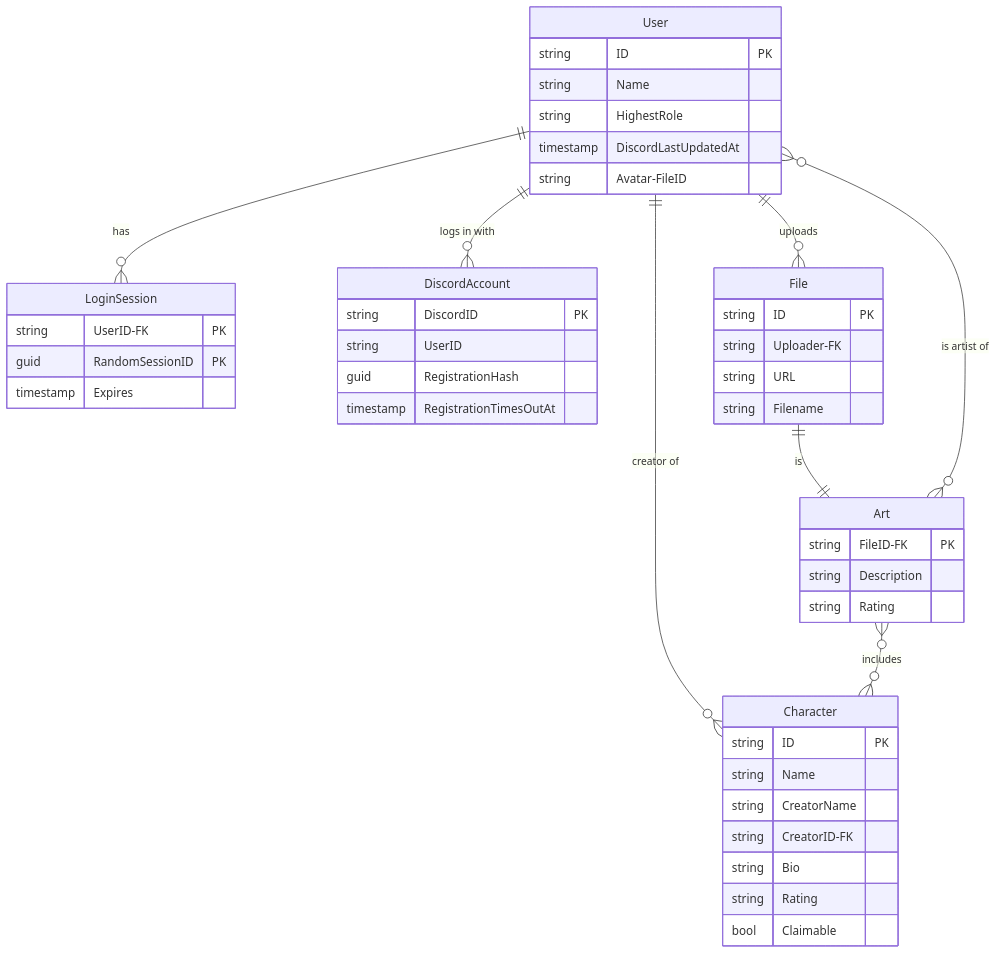
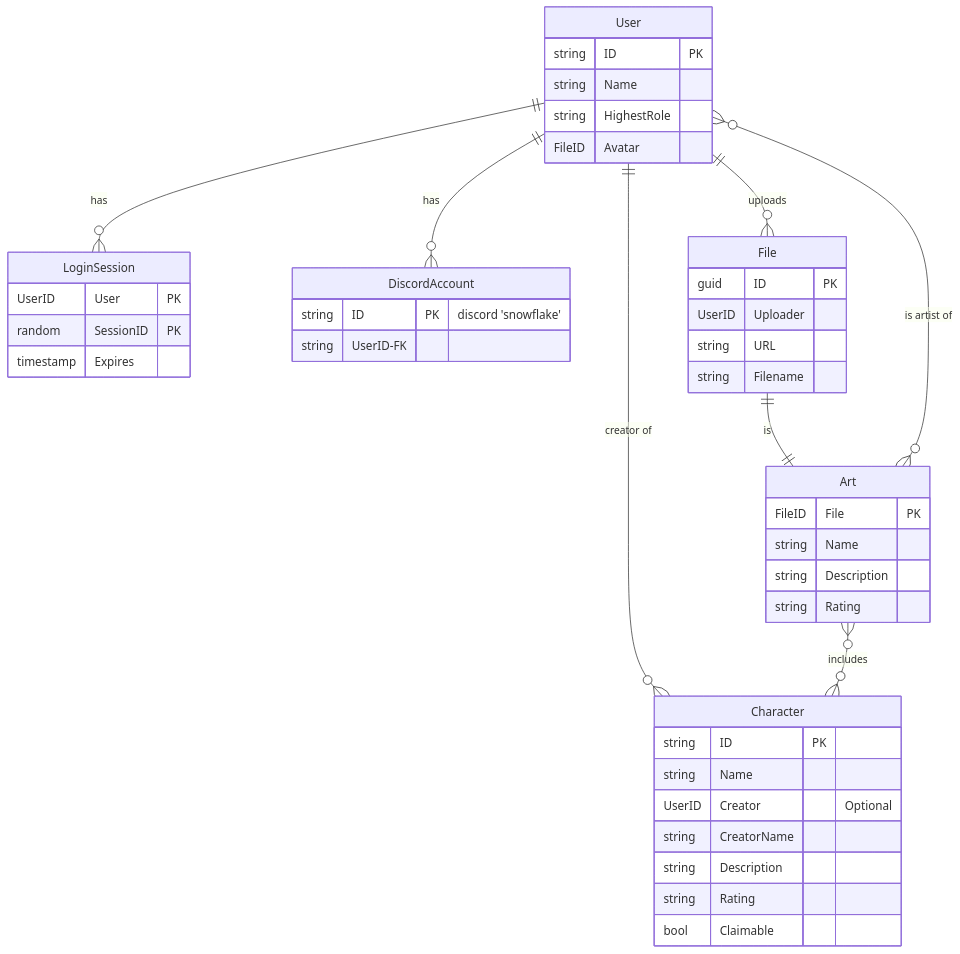
The diagram in docs/architecture.md (DanielOaks/mlpds-backend), drawn with Mermaid before and after one commit.

Commit message:
Update architecture layout

````diff
--- a/docs/architecture.md
+++ b/docs/architecture.md
@@ -3,48 +3,46 @@
 ```mermaid
 erDiagram
     User ||--o{ LoginSession : has
-    User ||--o{ DiscordAccount : "logs in with"
+    User ||--o{ DiscordAccount : has
     User {
         string ID PK
         string Name
         string HighestRole
-        timestamp DiscordLastUpdatedAt
-        string Avatar-FileID
+        FileID Avatar
     }
     LoginSession {
-        string UserID-FK PK
-        guid RandomSessionID PK
+        UserID User PK
+        random SessionID PK
         timestamp Expires
     }
     DiscordAccount {
-        string DiscordID PK
-        string UserID
-        guid RegistrationHash
-        timestamp RegistrationTimesOutAt
+        string ID PK "discord 'snowflake'"
+        string UserID-FK
     }
     User ||--o{ Character : "creator of"
     Character {
         string ID PK
         string Name
+        UserID Creator "Optional"
         string CreatorName
-        string CreatorID-FK
-        string Bio
+        string Description
         string Rating
         bool Claimable
     }
     User ||--o{ File : uploads
     File {
-        string ID PK
-        string Uploader-FK
+        guid ID PK
+        UserID Uploader
         string URL
         string Filename
     }
     File ||--|| Art : is
     Art }o--o{ Character : "includes"
     User }o--o{ Art : "is artist of"
     Art {
-        string FileID-FK PK
+        FileID File PK
+        string Name
         string Description
         string Rating
     }
 ```
````
